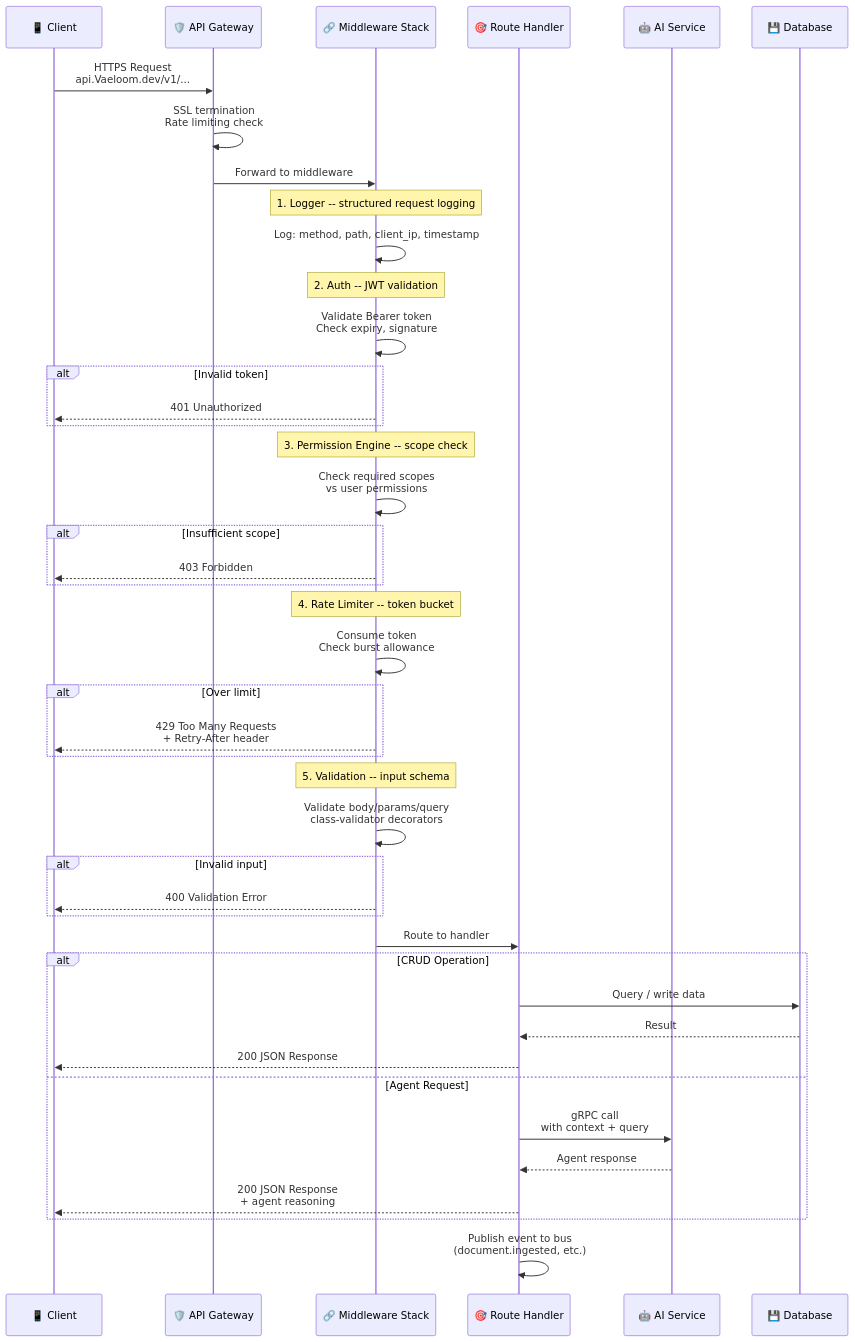
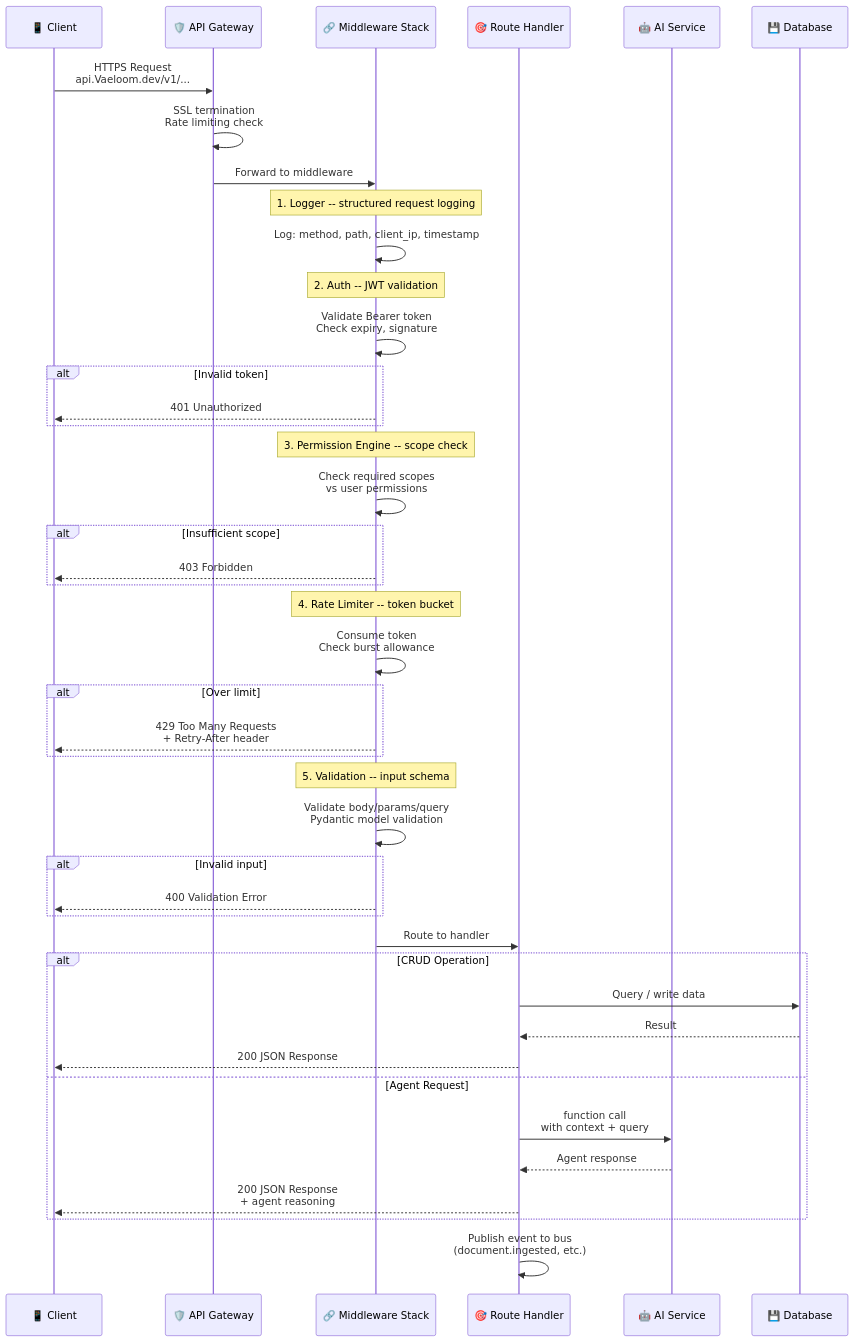
One commit to Driftloom/Vaeloom changed the diagram in docs/backend/API-Architecture.md. Above: the diagram before and after it, drawn with Mermaid. The commit also changed other lines of this file and 159 other files, not shown here.

````diff
--- a/docs/backend/API-Architecture.md
+++ b/docs/backend/API-Architecture.md
@@ -9,55 +9,55 @@
 ```mermaid
 sequenceDiagram
     participant C as 📱 Client
     participant GW as 🛡️ API Gateway
     participant M as 🔗 Middleware Stack
     participant H as 🎯 Route Handler
     participant AI as 🤖 AI Service
     participant DB as 💾 Database
 
     C->>GW: HTTPS Request<br/>api.Vaeloom.dev/v1/...
     GW->>GW: SSL termination<br/>Rate limiting check
     GW->>M: Forward to middleware
 
     Note over M: 1. Logger -- structured request logging
     M->>M: Log: method, path, client_ip, timestamp
 
     Note over M: 2. Auth -- JWT validation
     M->>M: Validate Bearer token<br/>Check expiry, signature
     alt Invalid token
         M-->>C: 401 Unauthorized
     end
 
     Note over M: 3. Permission Engine -- scope check
     M->>M: Check required scopes<br/>vs user permissions
     alt Insufficient scope
         M-->>C: 403 Forbidden
     end
 
     Note over M: 4. Rate Limiter -- token bucket
     M->>M: Consume token<br/>Check burst allowance
     alt Over limit
         M-->>C: 429 Too Many Requests<br/>+ Retry-After header
     end
 
     Note over M: 5. Validation -- input schema
-    M->>M: Validate body/params/query<br/>class-validator decorators
+    M->>M: Validate body/params/query<br/>Pydantic model validation
     alt Invalid input
         M-->>C: 400 Validation Error
     end
 
     M->>H: Route to handler
 
     alt CRUD Operation
         H->>DB: Query / write data
         DB-->>H: Result
         H-->>C: 200 JSON Response
     else Agent Request
-        H->>AI: gRPC call<br/>with context + query
+        H->>AI: function call<br/>with context + query
         AI-->>H: Agent response
         H-->>C: 200 JSON Response<br/>+ agent reasoning
     end
 
     H->>H: Publish event to bus<br/>(document.ingested, etc.)
 
 ```
````
